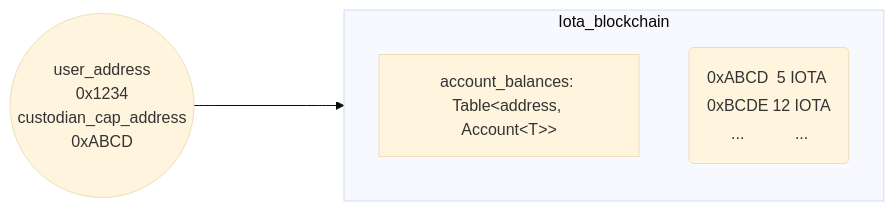
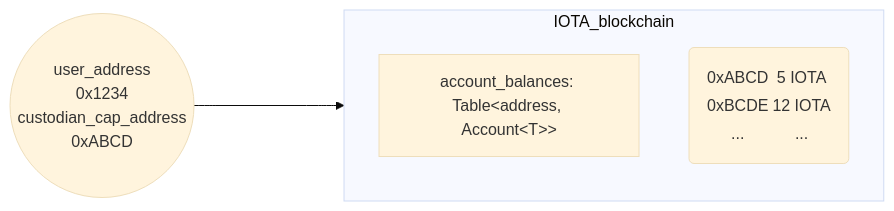
One commit to rafnixschaf/iota changed the diagram in docs/content/standards/deepbook/trade-and-swap.mdx. Above: the diagram before and after it, drawn with Mermaid (base theme). The commit also changed other lines of this file and 402 other files, not shown here.

````diff
--- a/docs/content/standards/deepbook/trade-and-swap.mdx
+++ b/docs/content/standards/deepbook/trade-and-swap.mdx
@@ -114,11 +114,11 @@
 ```mermaid
 flowchart LR
  A((user_address\n0x1234\ncustodian_cap_address\n0xABCD))
- subgraph Iota_blockchain
+ subgraph IOTA_blockchain
     direction TB
     B["account_balances: Table&lt;address, Account&lt;T>>"]
     C("<table><tbody><tr><td>0xABCD</td><td>5 IOTA</td></tr><tr><td>0xBCDE</td><td>12 IOTA</td></tr><tr><td>...</td><td>...</td></tr></tbody></table>")
  end
 
- A ----> Iota_blockchain
+ A ----> IOTA_blockchain
 ```
````
